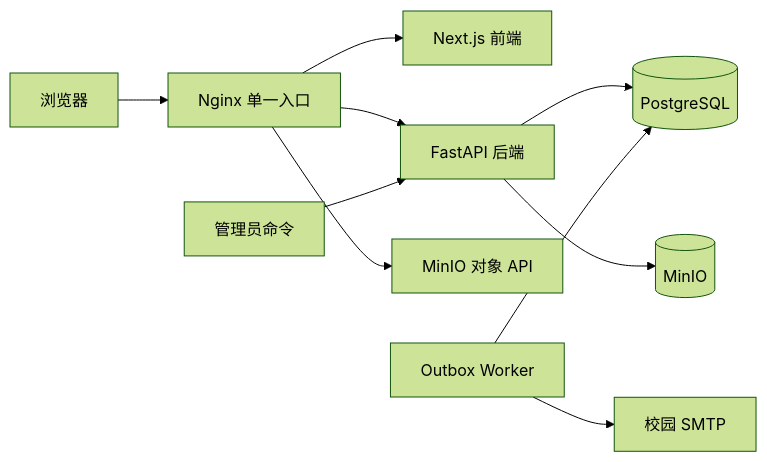
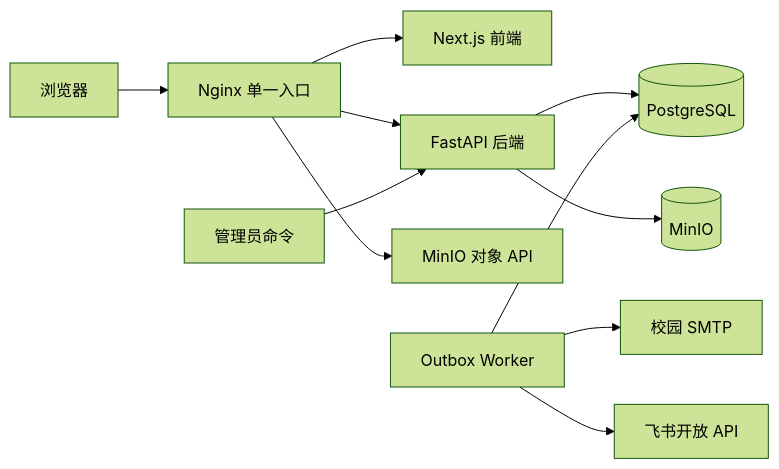
The diagram in .agents/docs/00-project-overview.md (CosmosMount/homework_system), drawn with Mermaid (forest theme) before and after one commit. The commit also changed other lines of this file and 23 other files, not shown here.

````diff
--- a/.agents/docs/00-project-overview.md
+++ b/.agents/docs/00-project-overview.md
@@ -51,12 +52,13 @@
 ```mermaid
 flowchart LR
     User[浏览器] --> Nginx[Nginx 单一入口]
     Nginx --> Web[Next.js 前端]
     Nginx --> API[FastAPI 后端]
     Nginx --> ObjectAPI[MinIO 对象 API]
     API --> DB[(PostgreSQL)]
     API --> MinIO[(MinIO)]
     Worker[Outbox Worker] --> DB
     Worker --> SMTP[校园 SMTP]
+    Worker --> Feishu[飞书开放 API]
     Admin[管理员命令] --> API
 ```
````
